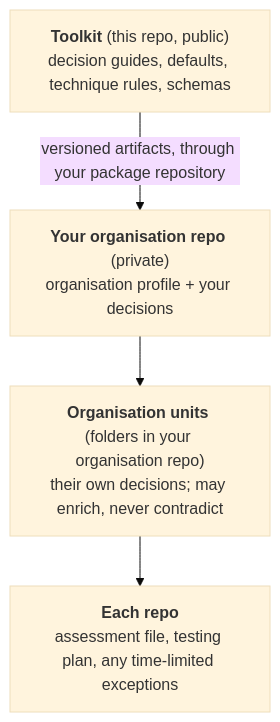
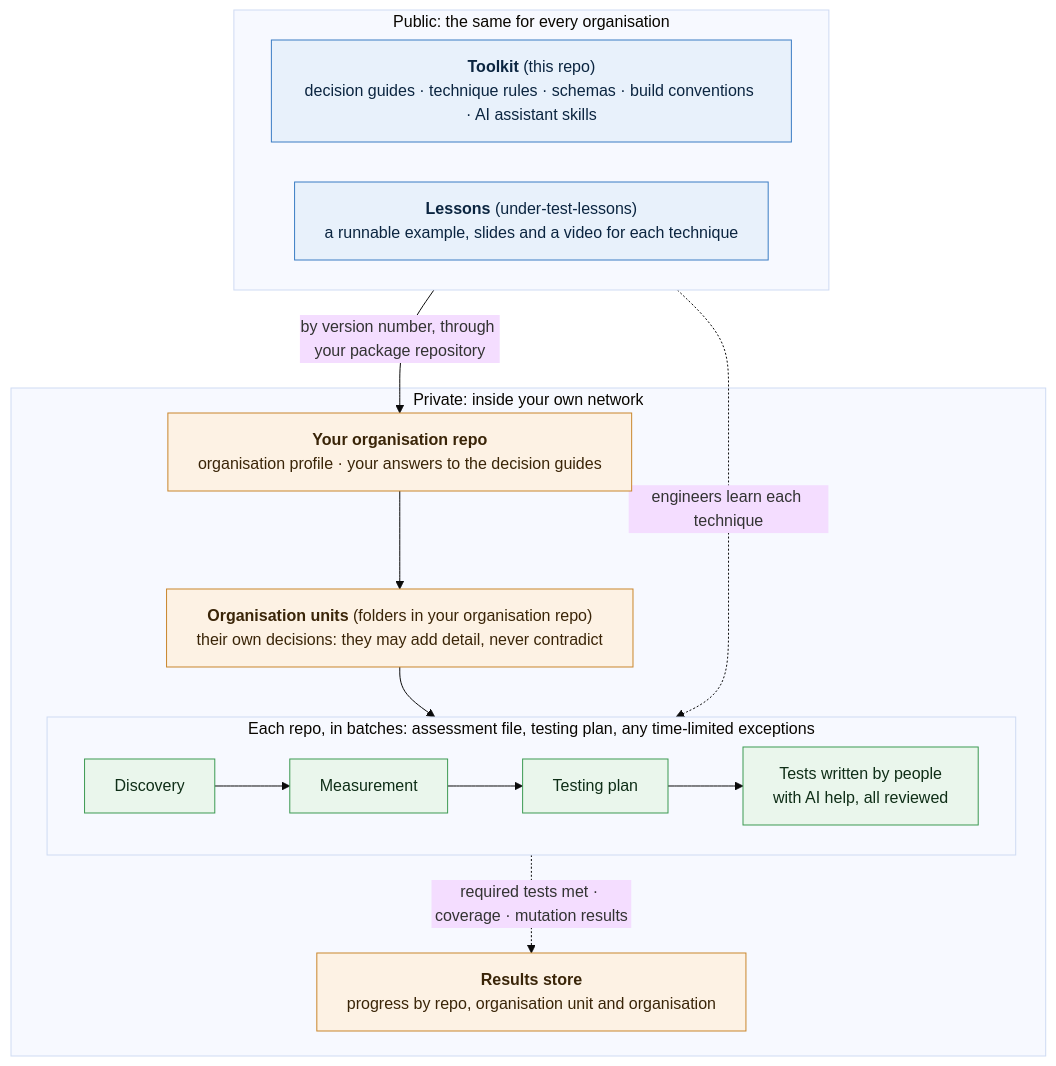
The second of 2 diagrams in README.md (fiftiesHousewife/under-test), drawn with Mermaid (base theme) before and after one commit. The commit also changed other lines of this file and 70 other files, not shown here.

Commit message:
Discovery reworked, eight-step journey, airgap agent, Keploy trial, assessment report planned

````diff
--- a/README.md
+++ b/README.md
@@ -45,10 +223,31 @@
 ```mermaid
+%%{init: {"flowchart": {"wrappingWidth": 460, "nodeSpacing": 40, "rankSpacing": 50}}}%%
 flowchart TB
-    T["<b>Toolkit</b> (this repo, public)<br/>decision guides, defaults, technique rules, schemas"]
-    O["<b>Your organisation repo</b> (private)<br/>organisation profile + your decisions"]
-    U["<b>Organisation units</b> (folders in your organisation repo)<br/>their own decisions; may enrich, never contradict"]
-    R["<b>Each repo</b><br/>assessment file, testing plan, any time-limited exceptions"]
-    T -->|"versioned artifacts, through your package repository"| O
-    O --> U
-    U --> R
+    subgraph PUBLIC["Public: the same for every organisation"]
+        direction LR
+        T["<b>Toolkit</b> (this repo)<br/>decision guides · technique rules · schemas · build conventions · AI assistant skills"]
+        L["<b>Lessons</b> (under-test-lessons)<br/>a runnable example, slides and a video for each technique"]
+    end
+
+    subgraph PRIVATE["Private: inside your own network"]
+        O["<b>Your organisation repo</b><br/>organisation profile · your answers to the decision guides"]
+        U["<b>Organisation units</b> (folders in your organisation repo)<br/>their own decisions: they may add detail, never contradict"]
+        subgraph REPO["Each repo, in batches: assessment file, testing plan, any time-limited exceptions"]
+            direction LR
+            D["Discovery"] --> M["Measurement"] --> P["Testing plan"] --> W["Tests written by people<br/>with AI help, all reviewed"]
+        end
+        S["<b>Results store</b><br/>progress by repo, organisation unit and organisation"]
+    end
+
+    T -->|"by version number, through your package repository"| O
+    O --> U --> REPO
+    L -.->|"engineers learn each technique"| REPO
+    W -.->|"required tests met · coverage · mutation results"| S
+
+    classDef public fill:#e8f1fb,stroke:#3b7dc4,color:#0b2540
+    classDef private fill:#fdf2e4,stroke:#c9862c,color:#3a2508
+    classDef step fill:#eaf6ec,stroke:#3c9a52,color:#0f2e17
+    class T,L public
+    class O,U,S private
+    class D,M,P,W step
 ```
````
